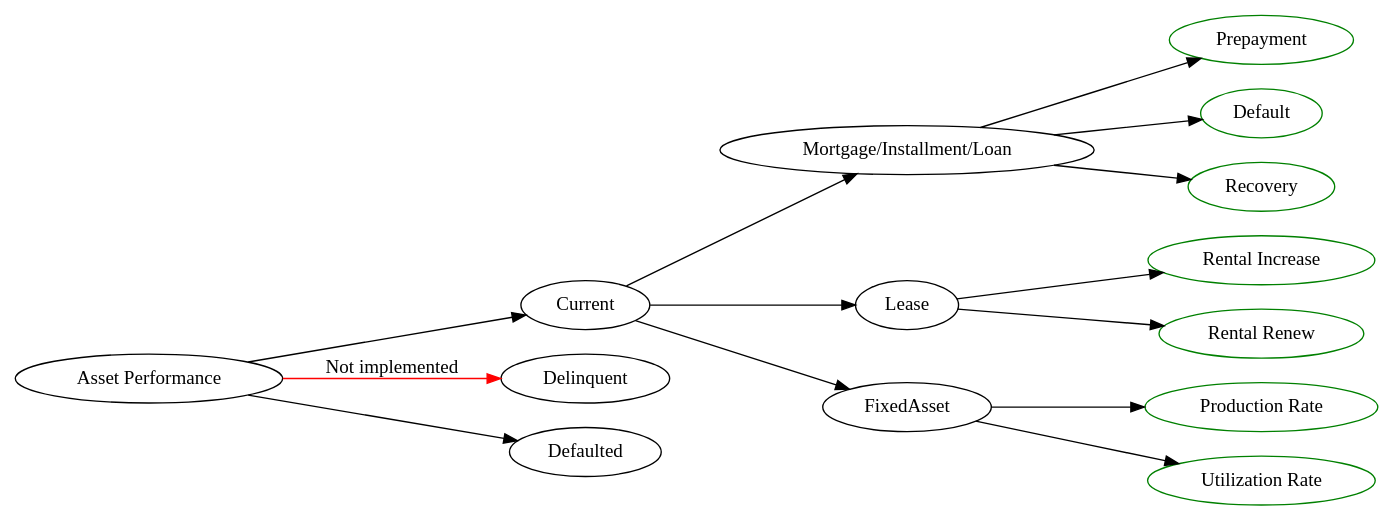
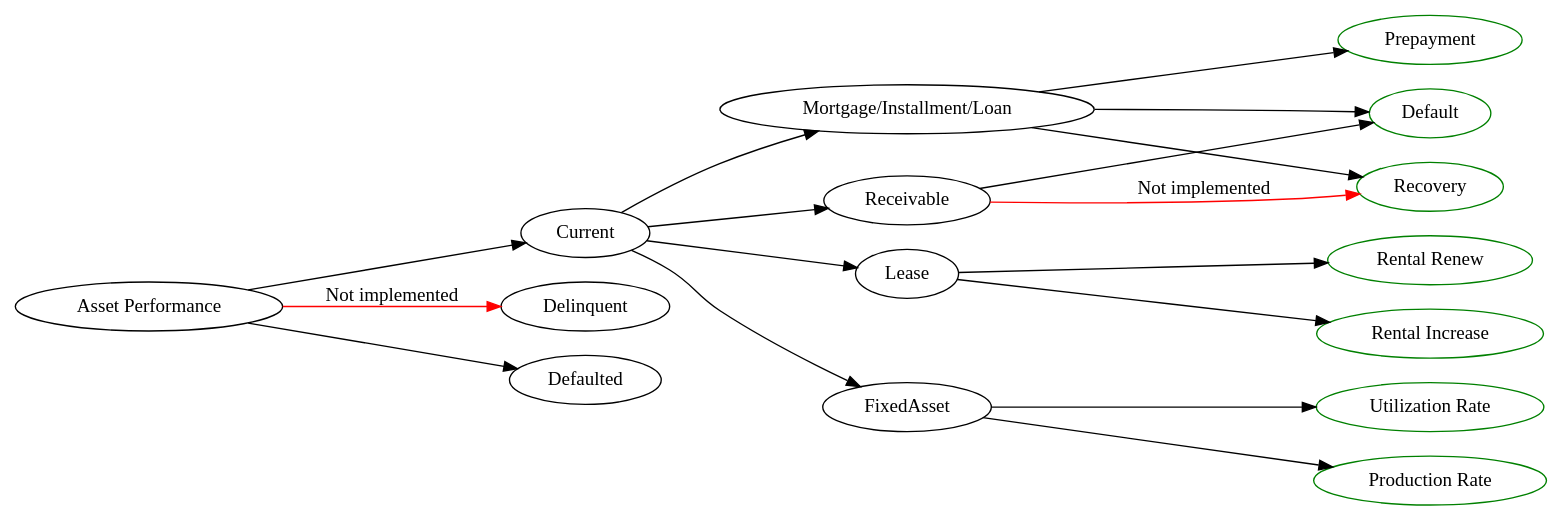
Before and after one commit to yellowbean/AbsBox: the first of 2 diagrams in docs/source/analytics.rst, drawn with Graphviz. The commit also changed other lines of this file and 1 other file, not shown here.

```diff
--- a/docs/source/analytics.rst
+++ b/docs/source/analytics.rst
@@ -45,29 +45,32 @@
 .. graphviz::
     :name: sphinx.ext.graphviz
     :caption: pool assumption
     :alt: pool assumption
     :align: center
  
     digraph {
         rankdir = LR
         "Asset Performance" -> "Current"
         "Current" -> "Mortgage/Installment/Loan"
         "Mortgage/Installment/Loan" -> "Prepayment" 
         "Mortgage/Installment/Loan" -> "Default"
         "Mortgage/Installment/Loan" -> "Recovery"
+        "Receivable" -> "Recovery" [label="Not implemented", "color"="red"]
+        "Receivable" -> "Default"
         "Current" -> "Lease"
         "Lease" -> "Rental Increase"
         "Lease" -> "Rental Renew"
         "Current" -> "FixedAsset"
+        "Current" -> "Receivable"
         "FixedAsset" -> "Production Rate"
         "FixedAsset" -> "Utilization Rate"
         "Asset Performance" -> "Delinquent" [label="Not implemented","color"="red"]
         "Asset Performance" -> "Defaulted" 
         "Prepayment" ["color"="green"]
         "Default" ["color"="green"]
         "Recovery" ["color"="green"]
         "Rental Renew" ["color"="green"]
         "Rental Increase" ["color"="green"]
         "Production Rate" ["color"="green"]
         "Utilization Rate" ["color"="green"]
     }
```
